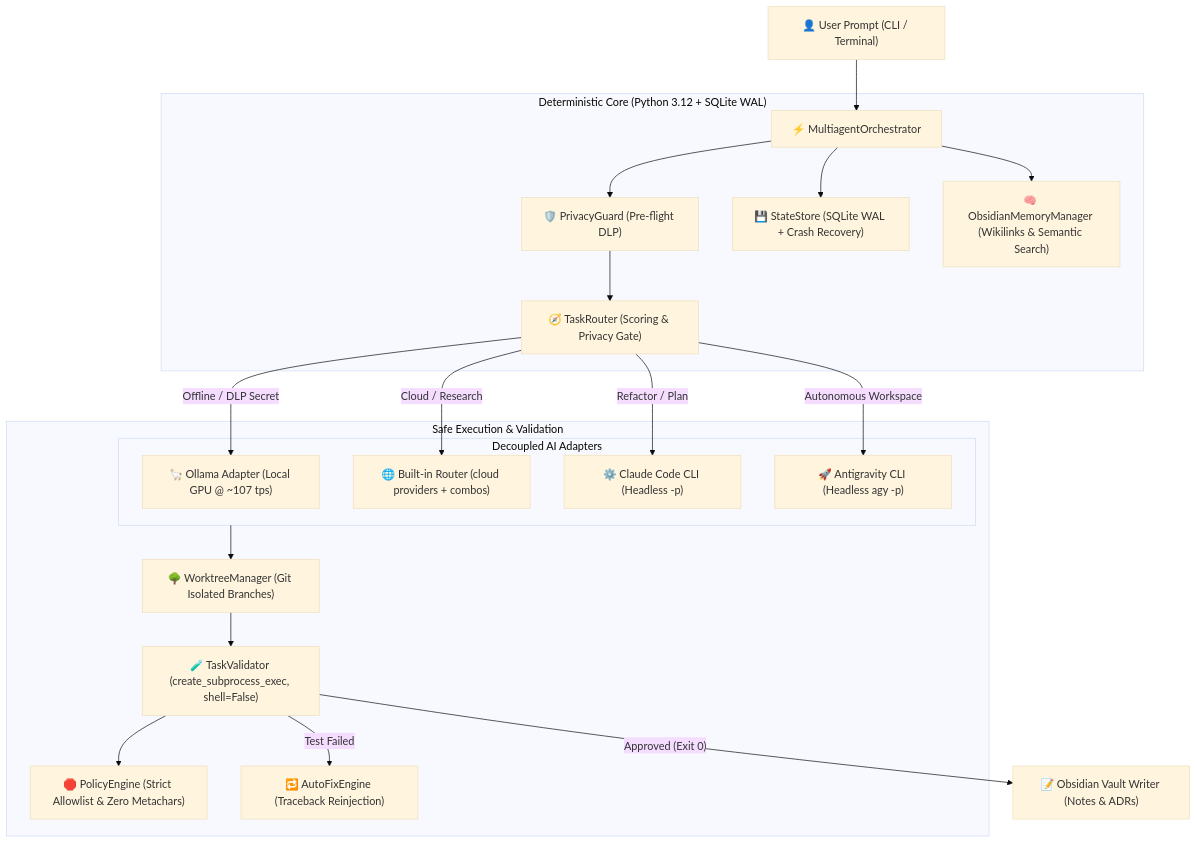
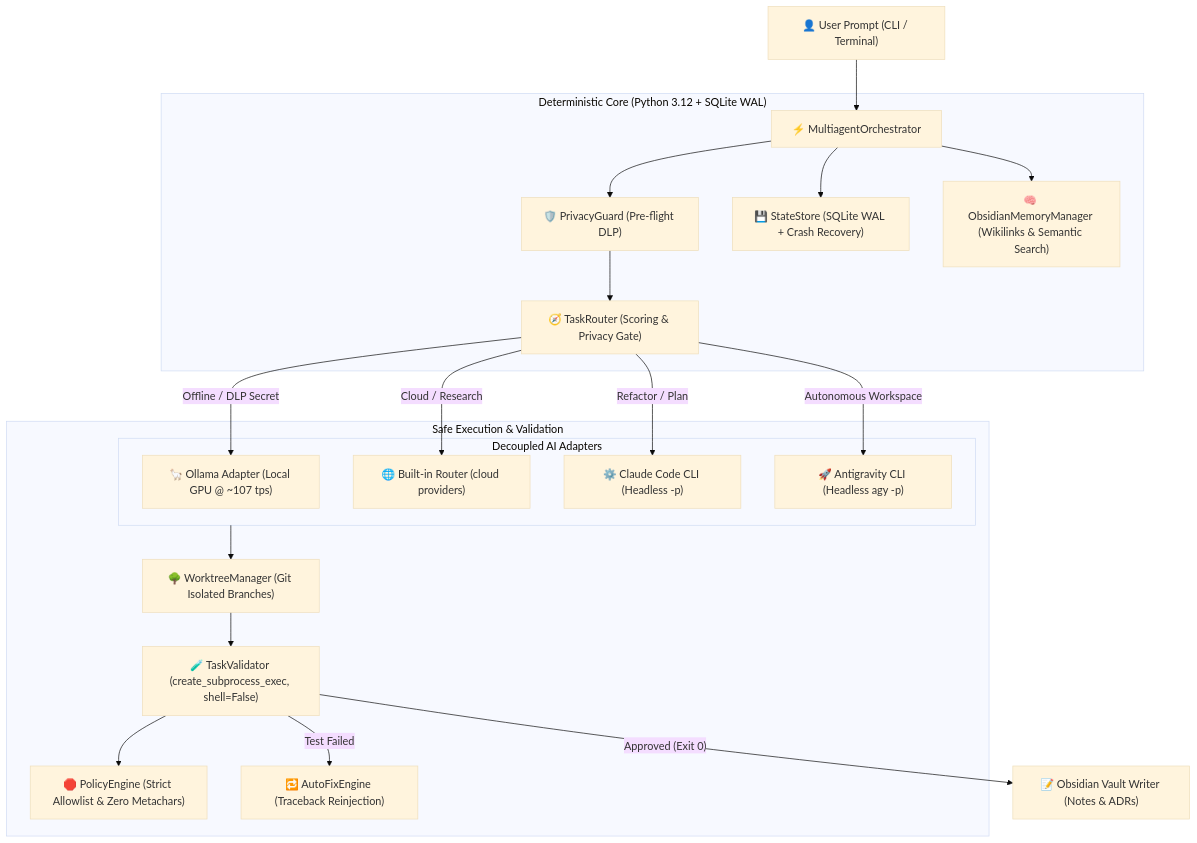
One commit to Kaio-Comk/Hera-Multiagent changed the diagram in README.md. Above: the diagram before and after it, drawn with Mermaid (base theme). The commit also changed other lines of this file and 103 other files, not shown here.

````diff
--- a/README.md
+++ b/README.md
@@ -147,27 +185,27 @@
 ```mermaid
 flowchart TD
     User["👤 User Prompt (CLI / Terminal)"] --> Orch["⚡ MultiagentOrchestrator"]
     
     subgraph Core ["Deterministic Core (Python 3.12 + SQLite WAL)"]
         Orch --> DLP["🛡️ PrivacyGuard (Pre-flight DLP)"]
         DLP --> Router["🧭 TaskRouter (Scoring & Privacy Gate)"]
         Orch --> State["💾 StateStore (SQLite WAL + Crash Recovery)"]
         Orch --> Memory["🧠 ObsidianMemoryManager (Wikilinks & Semantic Search)"]
     end
     
     subgraph Engines ["Decoupled AI Adapters"]
         Router -->|"Offline / DLP Secret"| Ollama["🦙 Ollama Adapter (Local GPU @ ~107 tps)"]
-        Router -->|"Cloud / Research"| HeraRouter["🌐 Built-in Router (cloud providers + combos)"]
+        Router -->|"Cloud / Research"| HeraRouter["🌐 Built-in Router (cloud providers)"]
         Router -->|"Refactor / Plan"| ClaudeCode["⚙️ Claude Code CLI (Headless -p)"]
         Router -->|"Autonomous Workspace"| Antigravity["🚀 Antigravity CLI (Headless agy -p)"]
     end
 
     subgraph Execution ["Safe Execution & Validation"]
         Engines --> Worktree["🌳 WorktreeManager (Git Isolated Branches)"]
         Worktree --> Validator["🧪 TaskValidator (create_subprocess_exec, shell=False)"]
         Validator --> Policy["🛑 PolicyEngine (Strict Allowlist & Zero Metachars)"]
         Validator -->|"Test Failed"| AutoFix["🔁 AutoFixEngine (Traceback Reinjection)"]
     end
 
     Validator -->|"Approved (Exit 0)"| VaultWriter["📝 Obsidian Vault Writer (Notes & ADRs)"]
 ```
````
